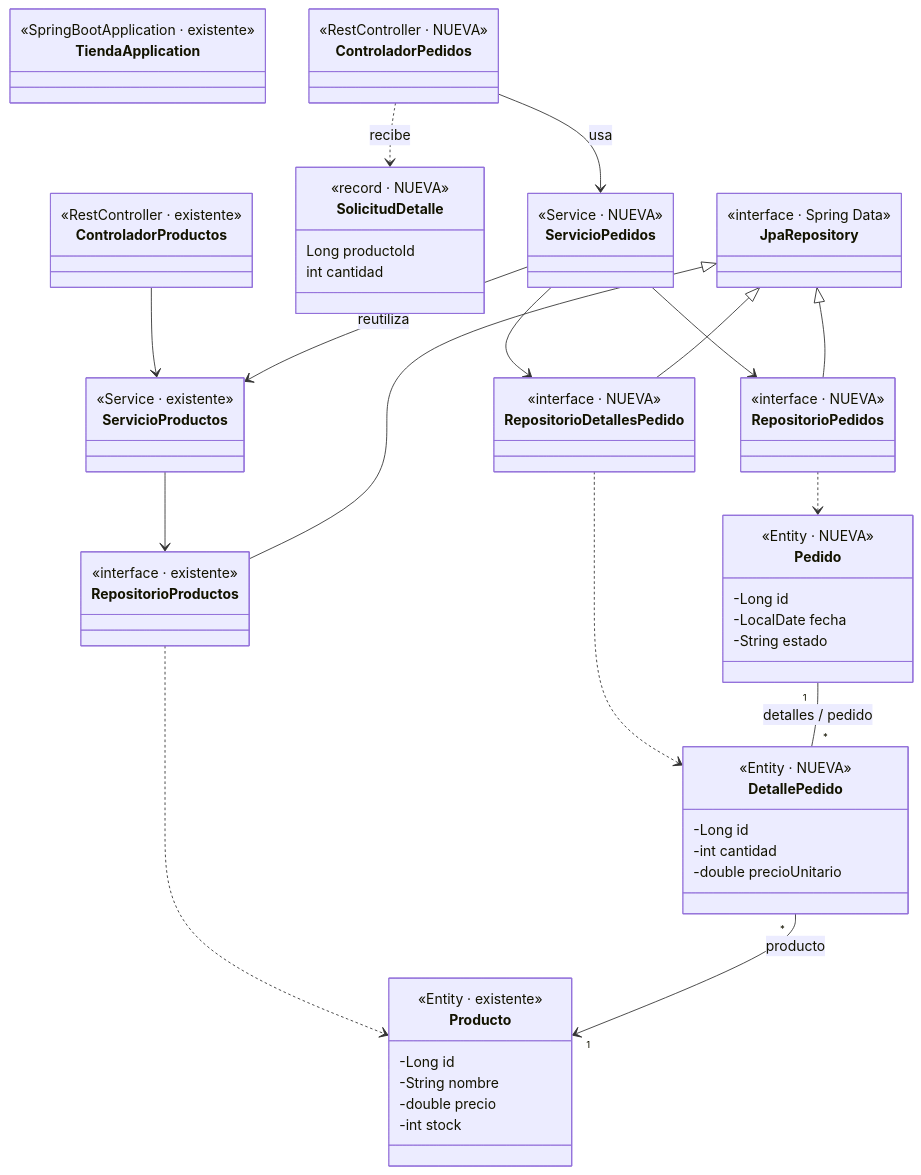
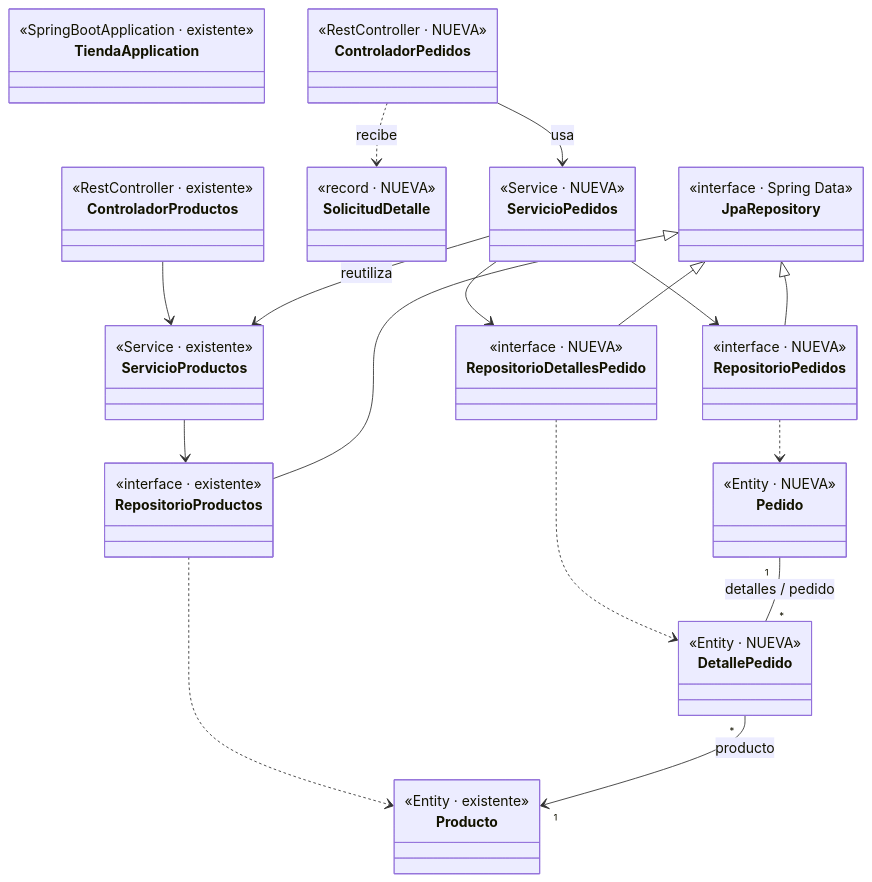
The diagram in generador-cursos/curso-spring-boot/guias/modulo-03-04/03-guia-tienda-2-uno-a-muchos.md (crodrigr/skill-spring-boot), drawn with Mermaid before and after one commit. The commit also changed 2 other files, not shown here.

````diff
--- a/generador-cursos/curso-spring-boot/guias/modulo-03-04/03-guia-tienda-2-uno-a-muchos.md
+++ b/generador-cursos/curso-spring-boot/guias/modulo-03-04/03-guia-tienda-2-uno-a-muchos.md
@@ -12,71 +12,59 @@
 ```mermaid
 classDiagram
     direction TB
     class TiendaApplication {
         <<SpringBootApplication · existente>>
     }
     class ControladorProductos {
         <<RestController · existente>>
     }
     class ServicioProductos {
         <<Service · existente>>
     }
     class RepositorioProductos {
         <<interface · existente>>
     }
     class Producto {
         <<Entity · existente>>
-        -Long id
-        -String nombre
-        -double precio
-        -int stock
     }
     class ControladorPedidos {
         <<RestController · NUEVA>>
     }
     class SolicitudDetalle {
         <<record · NUEVA>>
-        Long productoId
-        int cantidad
     }
     class ServicioPedidos {
         <<Service · NUEVA>>
     }
     class RepositorioPedidos {
         <<interface · NUEVA>>
     }
     class RepositorioDetallesPedido {
         <<interface · NUEVA>>
     }
     class JpaRepository {
         <<interface · Spring Data>>
     }
     class Pedido {
         <<Entity · NUEVA>>
-        -Long id
-        -LocalDate fecha
-        -String estado
     }
     class DetallePedido {
         <<Entity · NUEVA>>
-        -Long id
-        -int cantidad
-        -double precioUnitario
     }
 
     ControladorProductos --> ServicioProductos
     ServicioProductos --> RepositorioProductos
     ControladorPedidos --> ServicioPedidos : usa
     ControladorPedidos ..> SolicitudDetalle : recibe
     ServicioPedidos --> RepositorioPedidos
     ServicioPedidos --> RepositorioDetallesPedido
     ServicioPedidos --> ServicioProductos : reutiliza
     JpaRepository <|-- RepositorioProductos
     JpaRepository <|-- RepositorioPedidos
     JpaRepository <|-- RepositorioDetallesPedido
     RepositorioProductos ..> Producto
     RepositorioPedidos ..> Pedido
     RepositorioDetallesPedido ..> DetallePedido
     Pedido "1" -- "*" DetallePedido : detalles / pedido
     DetallePedido "*" --> "1" Producto : producto
 ```
````
